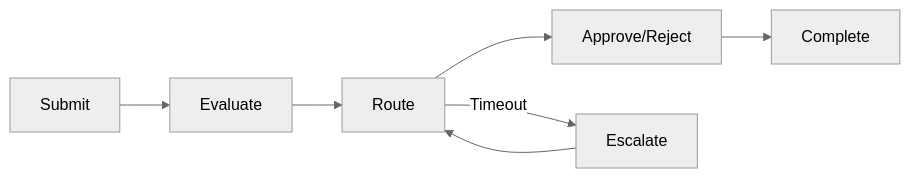
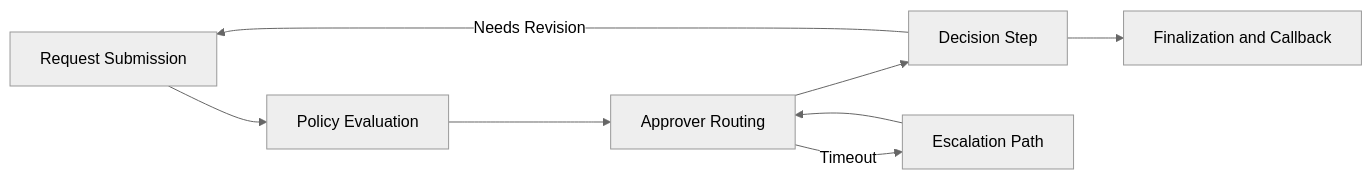
Before and after one commit to MichaelTimbes/solution-cookbook: the diagram in playbooks/approval-workflow-system/diagrams/lifecycle-flow.mmd, drawn with Mermaid (neutral theme). The commit also changed 60 other files, not shown here.

```diff
--- a/playbooks/approval-workflow-system/diagrams/lifecycle-flow.mmd
+++ b/playbooks/approval-workflow-system/diagrams/lifecycle-flow.mmd
@@ -1,10 +1,13 @@
+%% Approval Workflow lifecycle flow
+%% Shows request progression with escalation and decision completion.
 flowchart LR
-    Submit[Submit]
-    Evaluate[Evaluate]
-    Route[Route]
-    Approve[Approve/Reject]
-    Escalate[Escalate]
-    Complete[Complete]
+    Submit[Request Submission]
+    Evaluate[Policy Evaluation]
+    Route[Approver Routing]
+    Decide[Decision Step]
+    Escalate[Escalation Path]
+    Finalize[Finalization and Callback]
 
-    Submit --> Evaluate --> Route --> Approve --> Complete
+    Submit --> Evaluate --> Route --> Decide --> Finalize
     Route -->|Timeout| Escalate --> Route
+    Decide -->|Needs Revision| Submit
```
